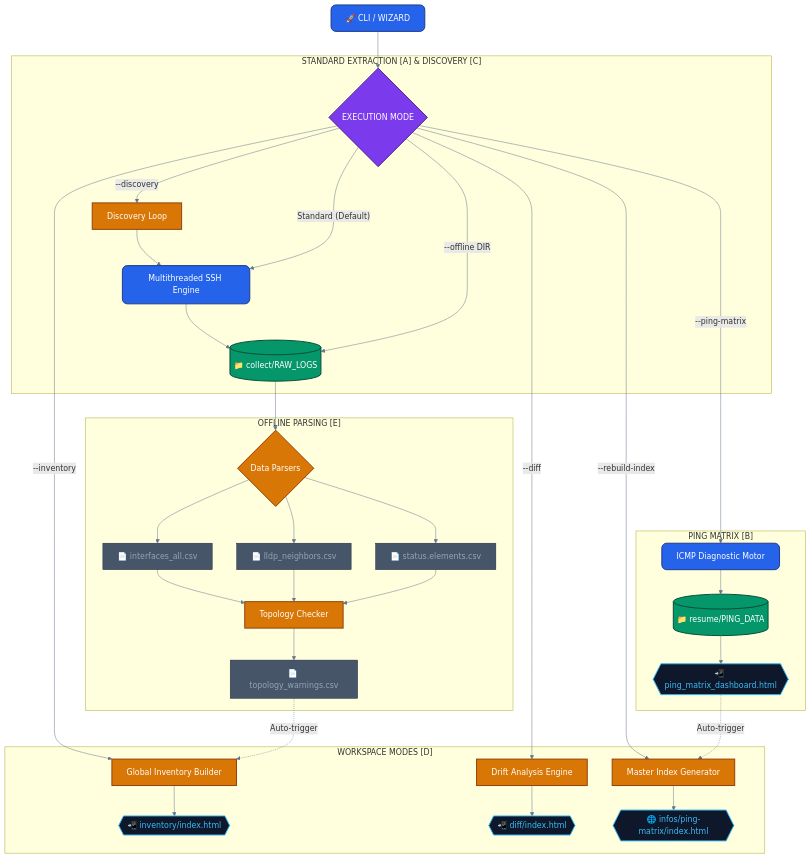
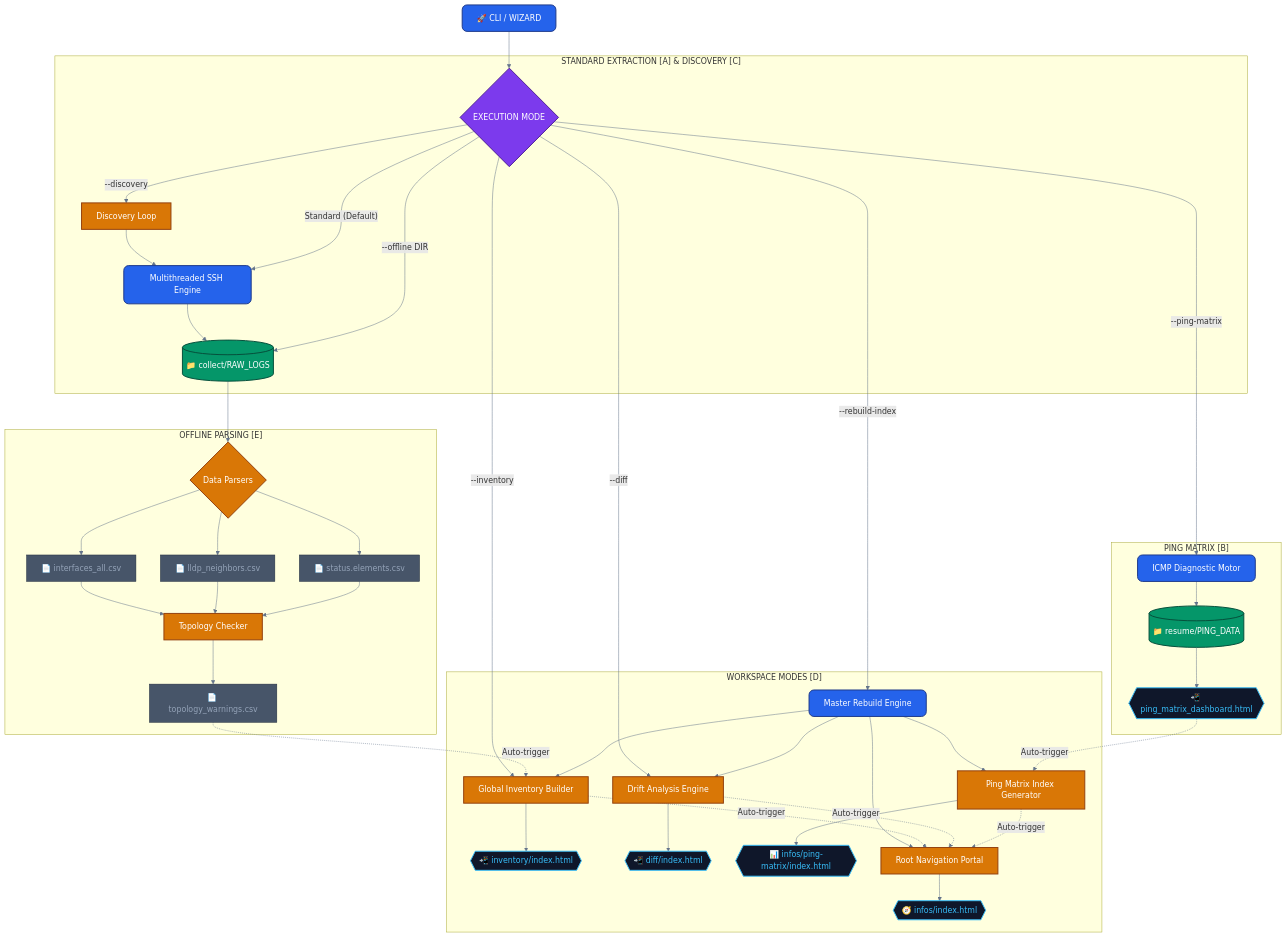
The diagram in README.md (flashbsb/network-data-extractor), drawn with Mermaid before and after one commit.

Commit message:
Version 1.59.5 fix README

````diff
--- a/README.md
+++ b/README.md
@@ -35,53 +35,64 @@
 ```mermaid
 graph TD
     %% Styling Definitions
     classDef engine fill:#2563eb,stroke:#1e3a8a,stroke-width:2px,color:#fff,rx:10,ry:10;
     classDef branch fill:#7c3aed,stroke:#4c1d95,stroke-width:2px,color:#fff,rx:10,ry:10;
     classDef storage fill:#059669,stroke:#064e3b,stroke-width:2px,color:#fff,rx:5,ry:5;
     classDef module fill:#d97706,stroke:#92400e,stroke-width:2px,color:#fff;
     classDef web fill:#0f172a,stroke:#38bdf8,stroke-width:2px,color:#38bdf8,rx:10,ry:10;
     classDef csv fill:#475569,stroke:#1e293b,stroke-width:1px,color:#94a3b8;
 
     %% Entry Point
     START["🚀 CLI / WIZARD"]:::engine --> MODE{EXECUTION MODE}:::branch
 
     subgraph "STANDARD EXTRACTION [A] & DISCOVERY [C]"
         MODE -->|"--discovery"| DISCO[Discovery Loop]:::module
         DISCO --> SSH
         MODE -->|"Standard (Default)"| SSH[Multithreaded SSH Engine]:::engine
         SSH --> RAW[("📁 collect/RAW_LOGS")]:::storage
     end
 
     subgraph "OFFLINE PARSING [E]"
         MODE -->|"--offline DIR"| RAW
         RAW --> PARSE{Data Parsers}:::module
         PARSE --> CSV_INT["📄 interfaces_all.csv"]:::csv
         PARSE --> CSV_LLDP["📄 lldp_neighbors.csv"]:::csv
         PARSE --> CSV_STAT["📄 status.elements.csv"]:::csv
         
         CSV_INT & CSV_LLDP & CSV_STAT --> TOPO[Topology Checker]:::module
         TOPO --> CSV_WARN["📄 topology_warnings.csv"]:::csv
     end
 
     subgraph "PING MATRIX [B]"
         MODE -->|"--ping-matrix"| ICMP[ICMP Diagnostic Motor]:::engine
         ICMP --> PING_RES[("📁 resume/PING_DATA")]:::storage
         PING_RES --> PING_HTML{{"📲 ping_matrix_dashboard.html"}}:::web
     end
 
     subgraph "WORKSPACE MODES [D]"
         MODE -->|"--inventory"| INV_GEN[Global Inventory Builder]:::module
         CSV_WARN -.->|"Auto-trigger"| INV_GEN
         INV_GEN --> INV_HTML{{"📲 inventory/index.html"}}:::web
 
         MODE -->|"--diff"| DIFF_GEN[Drift Analysis Engine]:::module
         DIFF_GEN --> DIFF_HTML{{"📲 diff/index.html"}}:::web
 
-        MODE -->|"--rebuild-index"| PM_GEN[Master Index Generator]:::module
+        MODE -->|"--rebuild-index"| REBUILD[Master Rebuild Engine]:::engine
+        REBUILD --> INV_GEN
+        REBUILD --> DIFF_GEN
+        REBUILD --> PM_GEN[Ping Matrix Index Generator]:::module
+        
         PING_HTML -.->|"Auto-trigger"| PM_GEN
-        PM_GEN --> PM_HTML{{"🌐 infos/ping-matrix/index.html"}}:::web
+        PM_GEN --> PM_HTML{{"📊 infos/ping-matrix/index.html"}}:::web
+        
+        REBUILD --> ROOT_GEN[Root Navigation Portal]:::module
+        INV_GEN -.->|"Auto-trigger"| ROOT_GEN
+        DIFF_GEN -.->|"Auto-trigger"| ROOT_GEN
+        PM_GEN -.->|"Auto-trigger"| ROOT_GEN
+        
+        ROOT_GEN --> ROOT_HTML{{"🧭 infos/index.html"}}:::web
     end
 
     %% Link styles
     linkStyle default stroke:#64748b,stroke-width:1px;
 ```
````
